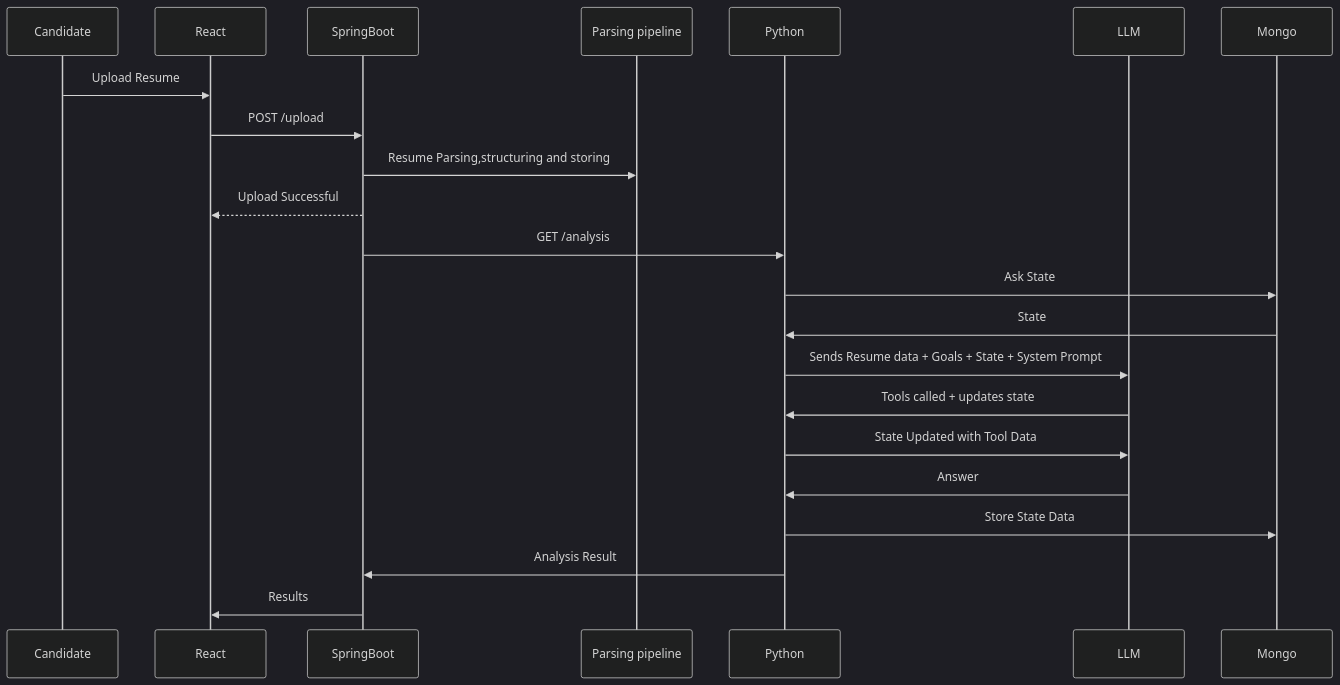
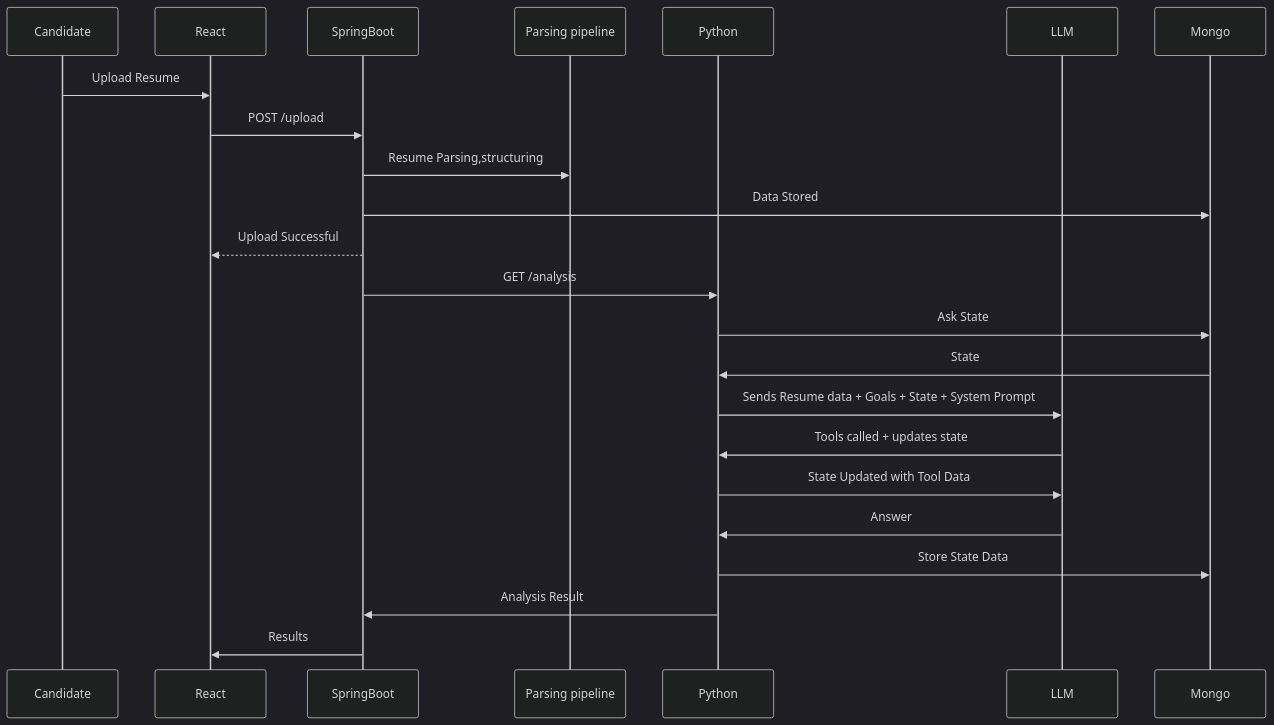
One commit to Rishu2905/candidate-ai-portal changed the seventh of 7 diagrams in README.md. Above: the diagram before and after it, drawn with Mermaid (dark theme). The commit also changed other lines of this file, not shown here.

````diff
--- a/README.md
+++ b/README.md
@@ -204,39 +204,40 @@
 ```mermaid
 sequenceDiagram
 
     participant Candidate
 
     participant React
 
     participant SpringBoot
     participant Parsing pipeline
 
     participant Python
     participant LLM
     participant Mongo
     
 
     Candidate->>React: Upload Resume
 
     React->>SpringBoot: POST /upload
 
-    SpringBoot->>Parsing pipeline: Resume Parsing,structuring and storing
+    SpringBoot->>Parsing pipeline: Resume Parsing,structuring
+    SpringBoot->>Mongo: Data Stored
 
     SpringBoot-->>React: Upload Successful
 
     SpringBoot->>Python: GET /analysis
 
     Python->> Mongo: Ask State
     Mongo->> Python: State
     Python->>LLM: Sends Resume data + Goals + State + System Prompt
     LLM->>Python: Tools called + updates state
 
     Python->>LLM: State Updated with Tool Data
 
     LLM->>Python: Answer
     Python->>Mongo : Store State Data
 
     Python->>SpringBoot: Analysis Result
 
     SpringBoot->>React: Results
 ```
````
